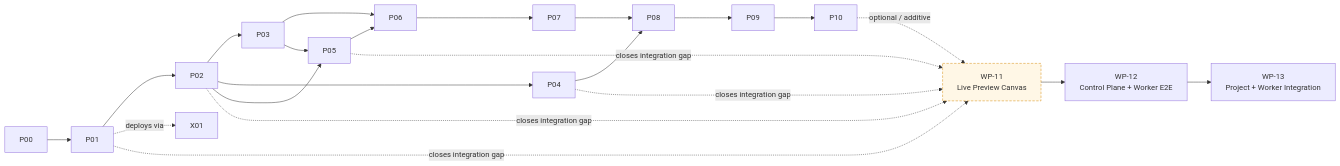
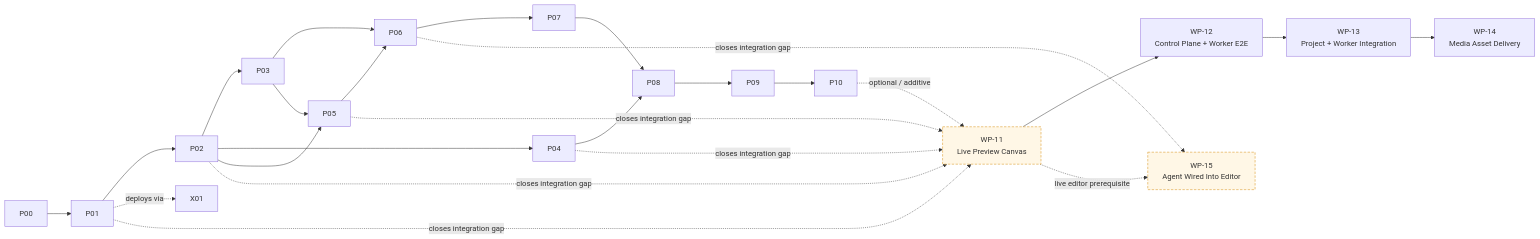
One commit to hadimoti/joy-media changed the diagram in ORCHESTRATION.md. Above: the diagram before and after it, drawn with Mermaid. The commit also changed other lines of this file and 27 other files, not shown here.

````diff
--- a/ORCHESTRATION.md
+++ b/ORCHESTRATION.md
@@ -29,19 +31,22 @@
 ```mermaid
 flowchart LR
     P00 --> P01 --> P02
     P02 --> P03 --> P06
     P02 --> P04 --> P08
     P02 --> P05 --> P06
     P03 --> P05
     P06 --> P07 --> P08
     P08 --> P09 --> P10
     P01 -.deploys via.-> X01
     P10 -.optional / additive.-> WP11[WP-11<br/>Live Preview Canvas]
-    WP11 --> WP12[WP-12<br/>Control Plane + Worker E2E] --> WP13[WP-13<br/>Project + Worker Integration]
+    WP11 --> WP12[WP-12<br/>Control Plane + Worker E2E] --> WP13[WP-13<br/>Project + Worker Integration] --> WP14[WP-14<br/>Media Asset Delivery]
+    WP15[WP-15<br/>Agent Wired Into Editor]
     P05 -.closes integration gap.-> WP11
     P04 -.closes integration gap.-> WP11
     P02 -.closes integration gap.-> WP11
     P01 -.closes integration gap.-> WP11
+    P06 -.closes integration gap.-> WP15
+    WP11 -.live editor prerequisite.-> WP15
     classDef opt fill:#fff7e6,stroke:#d48806,stroke-dasharray: 5 3
-    class WP11 opt
+    class WP11,WP15 opt
 ```
````
